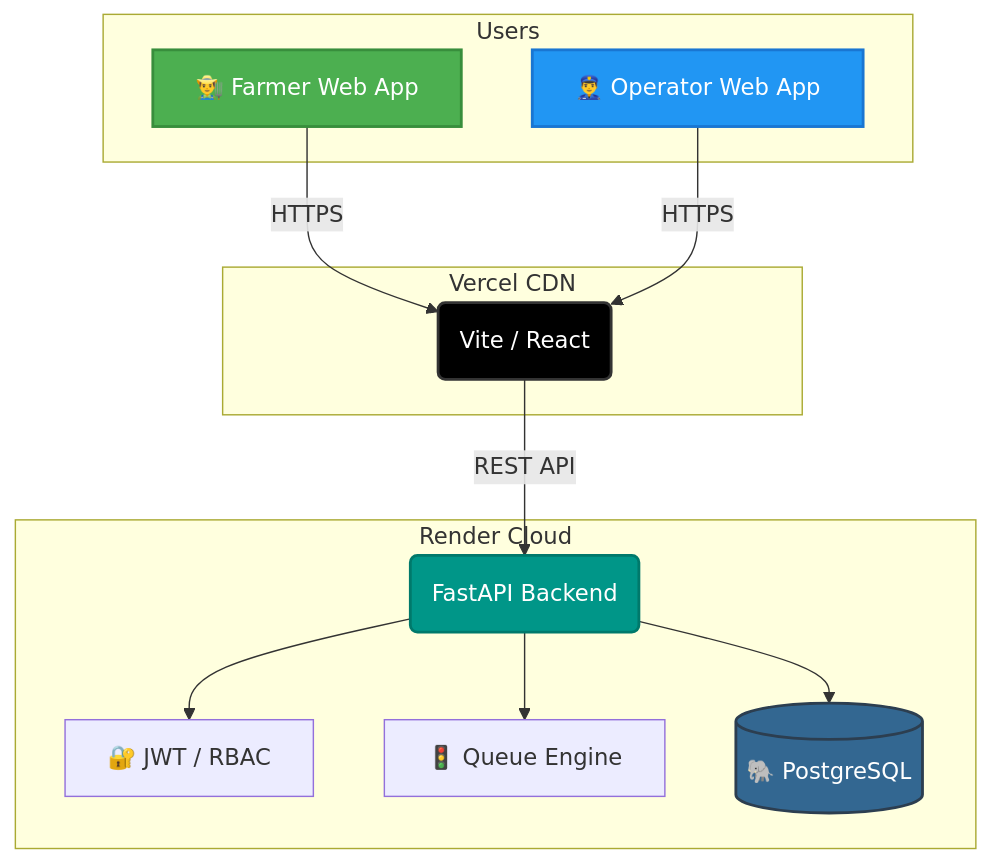
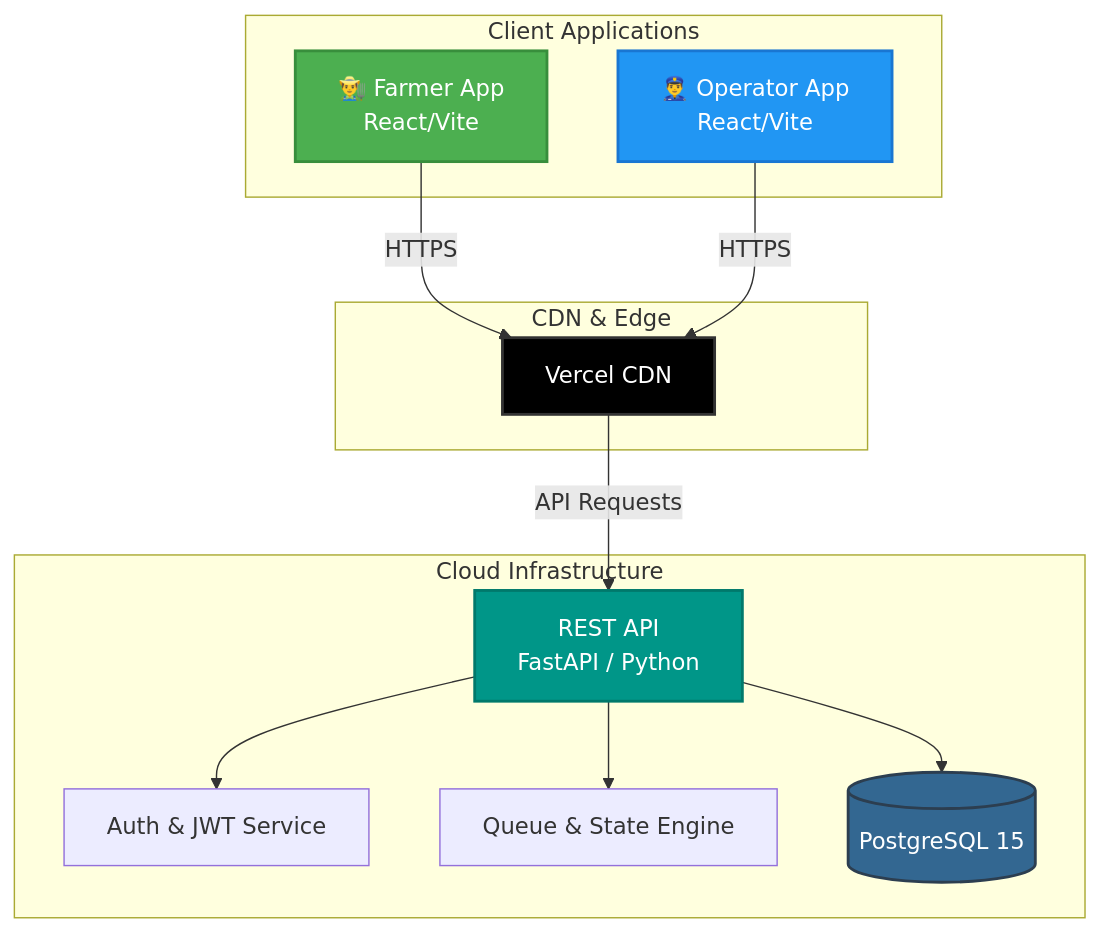
Before and after one commit to mugazhvan/cold-cipher-proc: the diagram in README.md, drawn with Mermaid. The commit also changed other lines of this file, not shown here.

````diff
--- a/README.md
+++ b/README.md
@@ -33,25 +89,32 @@
 ```mermaid
 graph TD;
-    subgraph Users
-      A[👨‍🌾 Farmer Web App]
-      O[👮‍♂️ Operator Web App]
+    subgraph Client Applications
+      F[👨‍🌾 Farmer App<br/>React/Vite]
+      O[👮‍♂️ Operator App<br/>React/Vite]
     end
 
-    subgraph Vercel CDN
-      A -- HTTPS --> V(Vite / React)
-      O -- HTTPS --> V
+    subgraph CDN & Edge
+      V[Vercel CDN]
     end
     
-    subgraph Render Cloud
-      V -- REST API --> API(FastAPI Backend)
-      API --> Auth[🔐 JWT / RBAC]
-      API --> Queue[🚦 Queue Engine]
-      API --> DB[(🐘 PostgreSQL)]
+    subgraph Cloud Infrastructure
+      API[REST API<br/>FastAPI / Python]
+      AUTH[Auth & JWT Service]
+      Q[Queue & State Engine]
+      DB[(PostgreSQL 15)]
     end
     
-    style A fill:#4CAF50,stroke:#388E3C,stroke-width:2px,color:#fff
+    F -->|HTTPS| V
+    O -->|HTTPS| V
+    V -->|API Requests| API
+    
+    API --> AUTH
+    API --> Q
+    API --> DB
+    
+    style F fill:#4CAF50,stroke:#388E3C,stroke-width:2px,color:#fff
     style O fill:#2196F3,stroke:#1976D2,stroke-width:2px,color:#fff
     style V fill:#000000,stroke:#333,stroke-width:2px,color:#fff
     style API fill:#009688,stroke:#00796B,stroke-width:2px,color:#fff
     style DB fill:#336791,stroke:#2C3E50,stroke-width:2px,color:#fff
 ```
````
